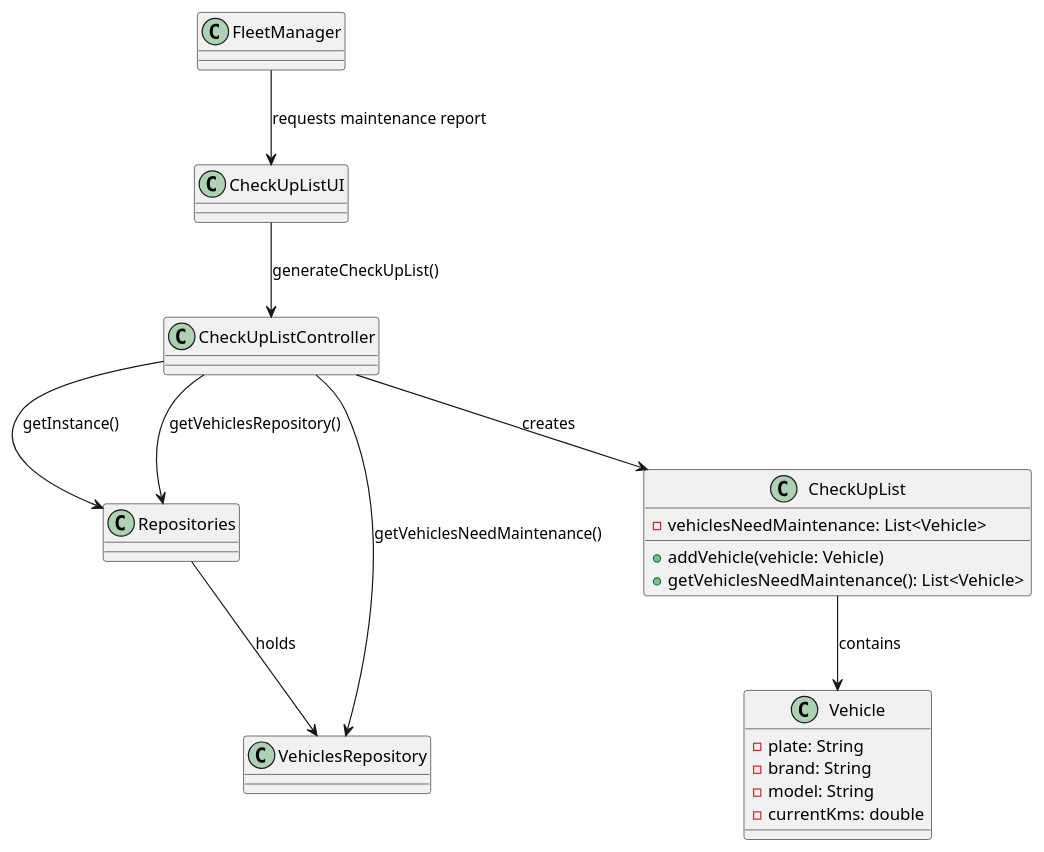
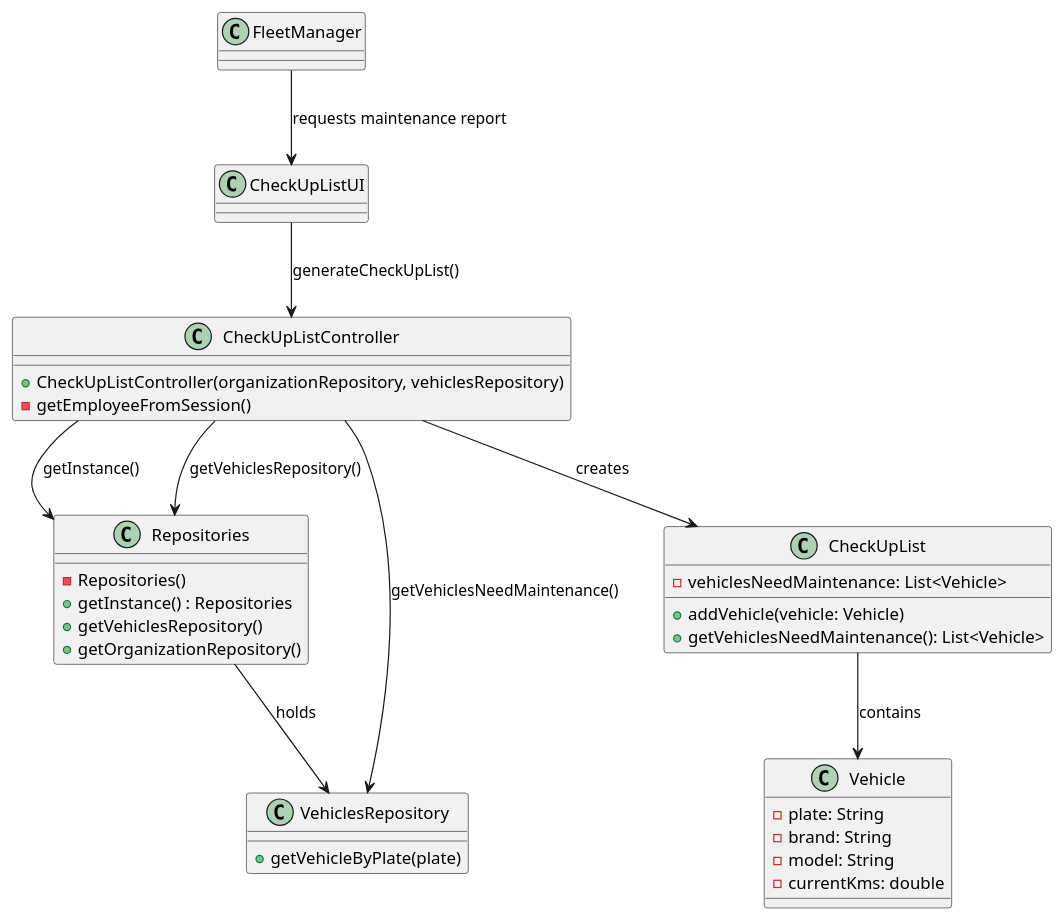
One commit to Departamento-de-Engenharia-Informatica/lei-24-s2-1dl-g121 changed the diagram in docs/sprintB/us008/03.design/puml/us008-class-diagram.puml. Above: the diagram before and after it, drawn with PlantUML. The commit also changed 3 other files, not shown here.

Commit message:
us08 class diagram and us01 readme updated, us08 created

```diff
--- a/docs/sprintB/us008/03.design/puml/us008-class-diagram.puml
+++ b/docs/sprintB/us008/03.design/puml/us008-class-diagram.puml
@@ -1,36 +1,50 @@
 @startuml
 'skinparam monochrome true
 skinparam packageStyle rectangle
 skinparam shadowing false
 
 class FleetManager
 class CheckUpListUI
-class CheckUpListController
-class Repositories
-class VehiclesRepository
+class CheckUpListController{
++ CheckUpListController(organizationRepository, vehiclesRepository)
+    '+ getTaskCategories()
+    '+ registerSkill(name)
+    '- getTaskCategoryByDescription(taskCategoryDescription)
+    - getEmployeeFromSession()
+}
+class Repositories {
+    - Repositories()
+    + getInstance() : Repositories
+    + getVehiclesRepository()
+    + getOrganizationRepository()
+}
+class VehiclesRepository{
+    + getVehicleByPlate(plate)
+
+}
 
 FleetManager --> CheckUpListUI : requests maintenance report
 CheckUpListUI --> CheckUpListController : generateCheckUpList()
 CheckUpListController --> Repositories : getInstance()
 CheckUpListController --> Repositories : getVehiclesRepository()
 CheckUpListController --> VehiclesRepository : getVehiclesNeedMaintenance()
 
 class CheckUpList {
     - vehiclesNeedMaintenance: List<Vehicle>
     + addVehicle(vehicle: Vehicle)
     + getVehiclesNeedMaintenance(): List<Vehicle>
 }
 
 class Vehicle {
     - plate: String
     - brand: String
     - model: String
     - currentKms: double
 }
 
 CheckUpListController --> CheckUpList : creates
 CheckUpList --> Vehicle : contains
 
 Repositories --> VehiclesRepository : holds
 
 @enduml
```
